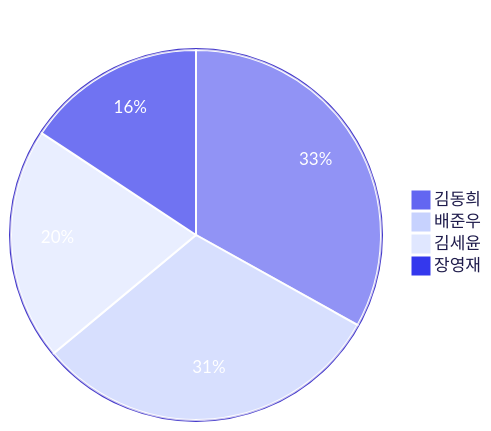
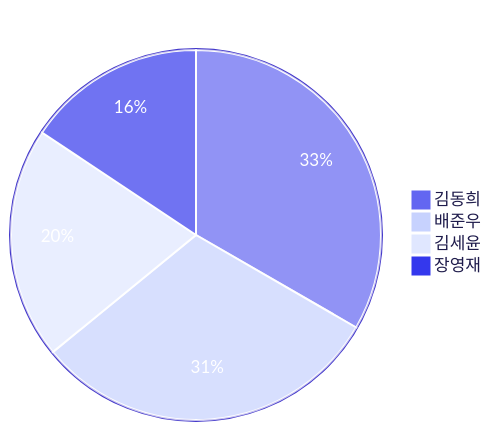
The third of 4 diagrams in README.md (3rd-project-team-1/ALYAC-market-team1), drawn with Mermaid before and after one commit. The commit also changed other lines of this file, not shown here.

Commit message:
docs: 커밋 활동 차트 자동 업데이트 [skip ci]

````diff
--- a/README.md
+++ b/README.md
@@ -414,17 +414,17 @@
 ```mermaid
 %%{init: { 'theme': 'base', 'themeVariables': {
   'primaryColor': '#6366f1',
   'primaryTextColor': '#ffffff',
   'primaryBorderColor': '#4338ca',
   'secondaryColor': '#c7d2fe',
   'tertiaryColor': '#e0e7ff',
   'pieLegendTextColor': '#1e1b4b',
   'pieStrokeColor': '#ffffff',
   'pieOuterStrokeColor': '#4338ca'
 } } }%%
 pie title 기여자별 커밋 수
-  "김동희" : 179
+  "김동희" : 181
   "배준우" : 167
   "김세윤" : 110
   "장영재" : 85
 ```
````
